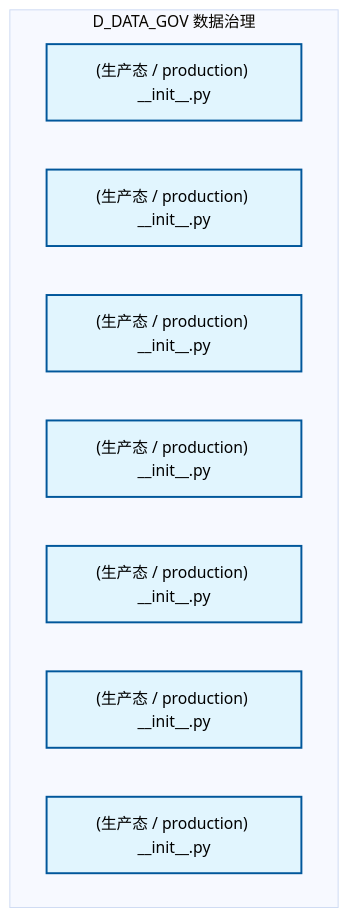
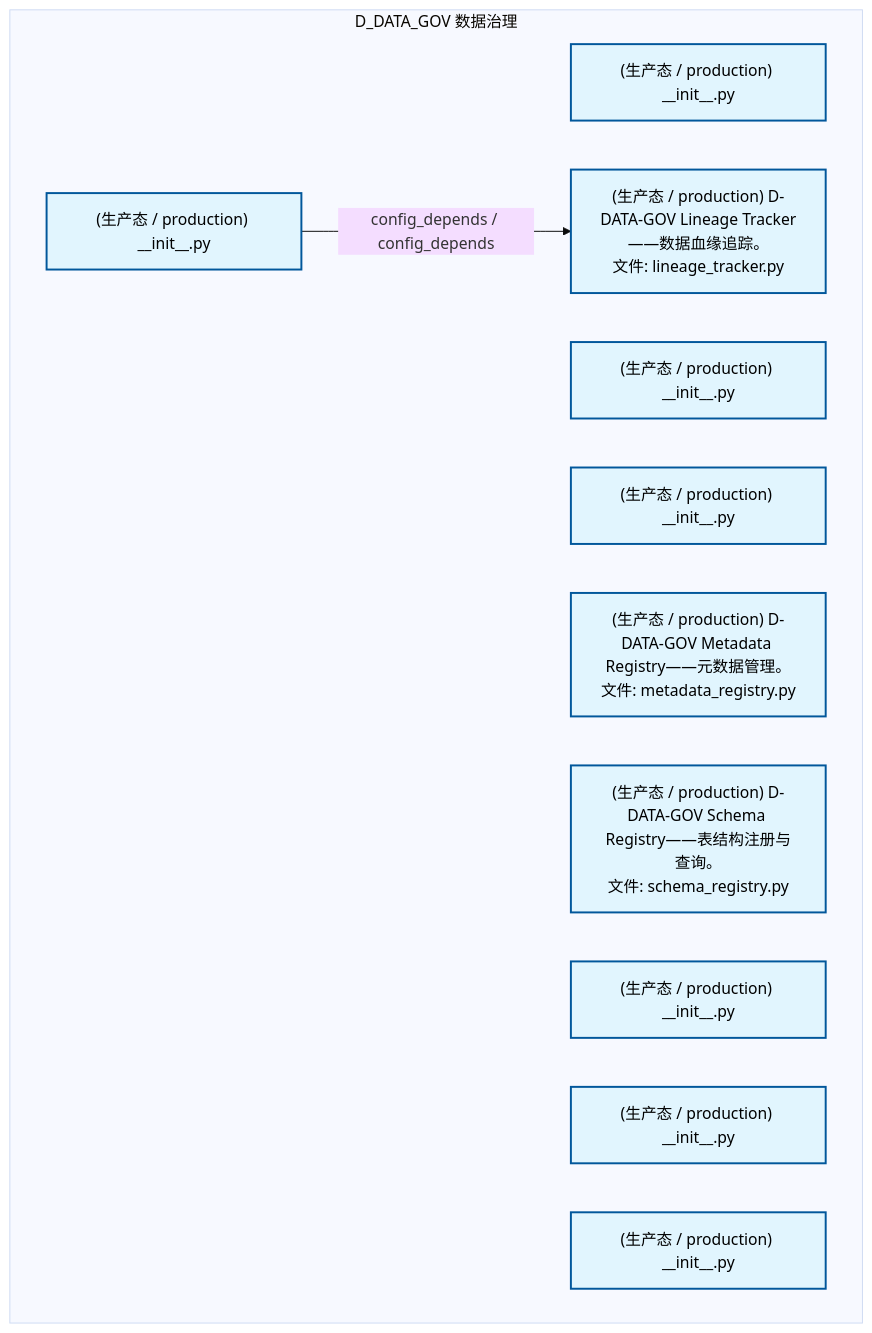
The first of 2 diagrams in docs/02_enterprise_architecture/02_domain_architecture_docs/13_d_data_gov.md (xuanFelixVan/ZephyrAlpha), drawn with Mermaid (base theme) before and after one commit. The commit also changed other lines of this file and 79 other files, not shown here.

````diff
--- a/docs/02_enterprise_architecture/02_domain_architecture_docs/13_d_data_gov.md
+++ b/docs/02_enterprise_architecture/02_domain_architecture_docs/13_d_data_gov.md
@@ -67,17 +70,21 @@
 ```mermaid
 graph TD
     subgraph D_DATA_GOV["D_DATA_GOV 数据治理"]
         src_zephyr_data_governance_init_py["(生产态 / production) __init__.py"]
         src_zephyr_data_governance_extensions_init_py["(生产态 / production) __init__.py"]
         src_zephyr_data_governance_api_init_py["(生产态 / production) __init__.py"]
         src_zephyr_data_governance_core_init_py["(生产态 / production) __init__.py"]
+        src_zephyr_data_governance_core_lineage_tracker_py["(生产态 / production) D-DATA-GOV Lineage Tracker——数据血缘追踪。<br/>文件: lineage_tracker.py"]
+        src_zephyr_data_governance_core_metadata_registry_py["(生产态 / production) D-DATA-GOV Metadata Registry——元数据管理。<br/>文件: metadata_registry.py"]
+        src_zephyr_data_governance_core_schema_registry_py["(生产态 / production) D-DATA-GOV Schema Registry——表结构注册与查询。<br/>文件: schema_registry.py"]
         src_zephyr_data_governance_infrastructure_init_py["(生产态 / production) __init__.py"]
         src_zephyr_data_governance_models_init_py["(生产态 / production) __init__.py"]
         src_zephyr_data_governance_services_init_py["(生产态 / production) __init__.py"]
     end
+    src_zephyr_data_governance_core_init_py -->|config_depends / config_depends| src_zephyr_data_governance_core_lineage_tracker_py
     classDef production fill:#e1f5fe,stroke:#01579b,stroke-width:2px,color:#000
     classDef design fill:#fff3e0,stroke:#e65100,stroke-width:2px,color:#000,stroke-dasharray: 5 5
     classDef external_prod fill:#e8f5e9,stroke:#1b5e20,stroke-width:1px,color:#000
     classDef external_design fill:#fce4ec,stroke:#880e4f,stroke-width:1px,color:#000,stroke-dasharray: 5 5
-    class src_zephyr_data_governance_init_py,src_zephyr_data_governance_extensions_init_py,src_zephyr_data_governance_api_init_py,src_zephyr_data_governance_core_init_py,src_zephyr_data_governance_infrastructure_init_py,src_zephyr_data_governance_models_init_py,src_zephyr_data_governance_services_init_py production
+    class src_zephyr_data_governance_init_py,src_zephyr_data_governance_extensions_init_py,src_zephyr_data_governance_api_init_py,src_zephyr_data_governance_core_init_py,src_zephyr_data_governance_core_lineage_tracker_py,src_zephyr_data_governance_core_metadata_registry_py,src_zephyr_data_governance_core_schema_registry_py,src_zephyr_data_governance_infrastructure_init_py,src_zephyr_data_governance_models_init_py,src_zephyr_data_governance_services_init_py production
 ```
````
